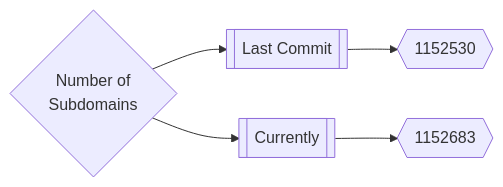
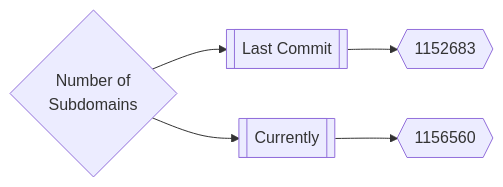
The first of 3 diagrams in README.md (trickest/inventory), drawn with Mermaid before and after one commit. The commit also changed other lines of this file, not shown here.

Commit message:
Update Sat Apr  2 04:02:42 UTC 2022

````diff
--- a/README.md
+++ b/README.md
@@ -165,5 +165,5 @@
 ```mermaid
 graph LR
-title{Number of<br>Subdomains} --> subdomainsDate1[[Last Commit]] --> subdomainsNum1{{1152530}}
-title --> subdomainsDate2[[Currently]] --> subdomainsNum2{{1152683}}
+title{Number of<br>Subdomains} --> subdomainsDate1[[Last Commit]] --> subdomainsNum1{{1152683}}
+title --> subdomainsDate2[[Currently]] --> subdomainsNum2{{1156560}}
 ```
````
